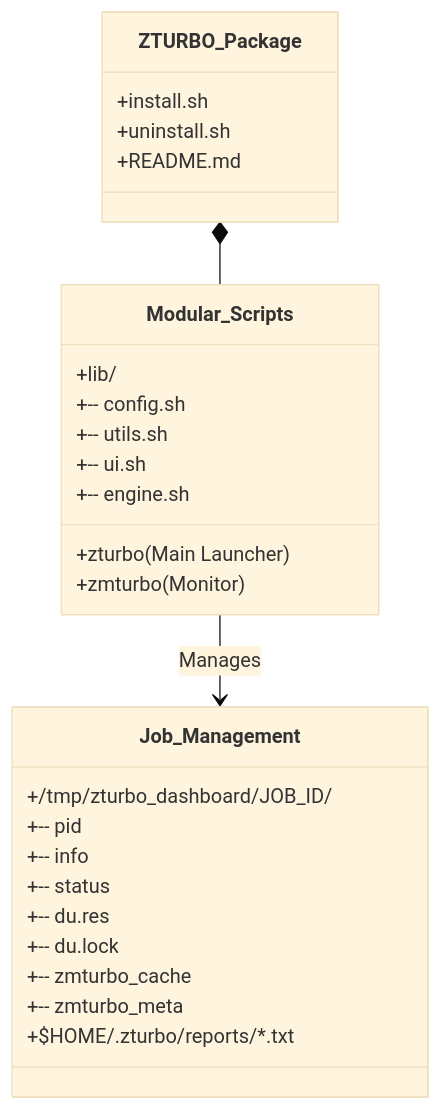
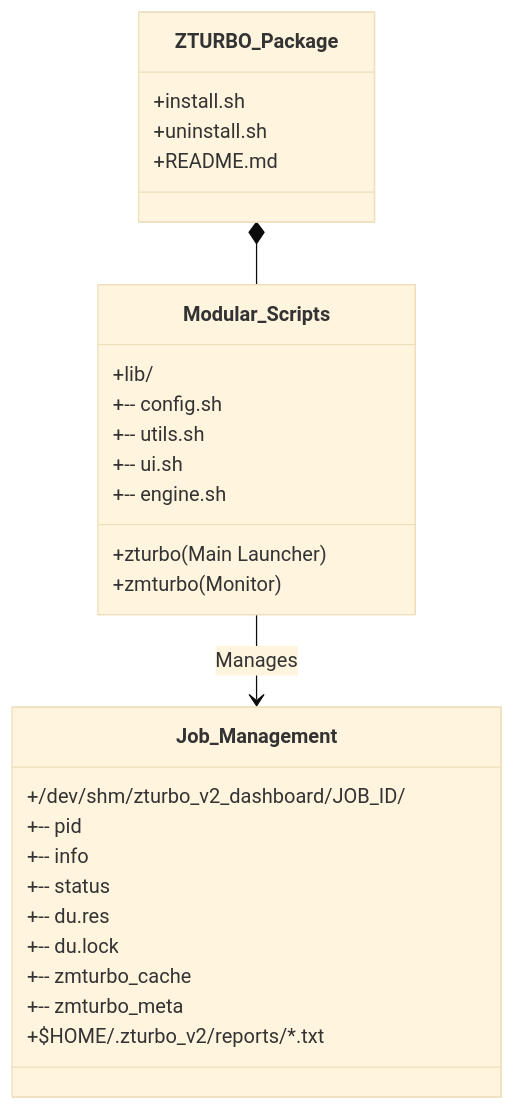
One commit to ddt-mmt/zturbo_v3 changed the third of 3 diagrams in ARCHITECTURE.md. Above: the diagram before and after it, drawn with Mermaid (base theme). The commit also changed 1 other file, not shown here.

Commit message:
docs: update README and ARCHITECTURE to reflect V2 optimized features

````diff
--- a/ARCHITECTURE.md
+++ b/ARCHITECTURE.md
@@ -86,33 +86,33 @@
 ```mermaid
 classDiagram
     class ZTURBO_Package {
         +install.sh
         +uninstall.sh
         +README.md
     }
     
     class Modular_Scripts {
         +zturbo (Main Launcher)
         +zmturbo (Monitor)
         +lib/
         +-- config.sh
         +-- utils.sh
         +-- ui.sh
         +-- engine.sh
     }
     
     class Job_Management {
-        +/tmp/zturbo_dashboard/JOB_ID/
+        +/dev/shm/zturbo_v2_dashboard/JOB_ID/
         +-- pid
         +-- info
         +-- status
         +-- du.res
         +-- du.lock
         +-- zmturbo_cache
         +-- zmturbo_meta
-        +$HOME/.zturbo/reports/*.txt
+        +$HOME/.zturbo_v2/reports/*.txt
     }
     
     ZTURBO_Package *-- Modular_Scripts
     Modular_Scripts --> Job_Management : Manages
 ```
````
